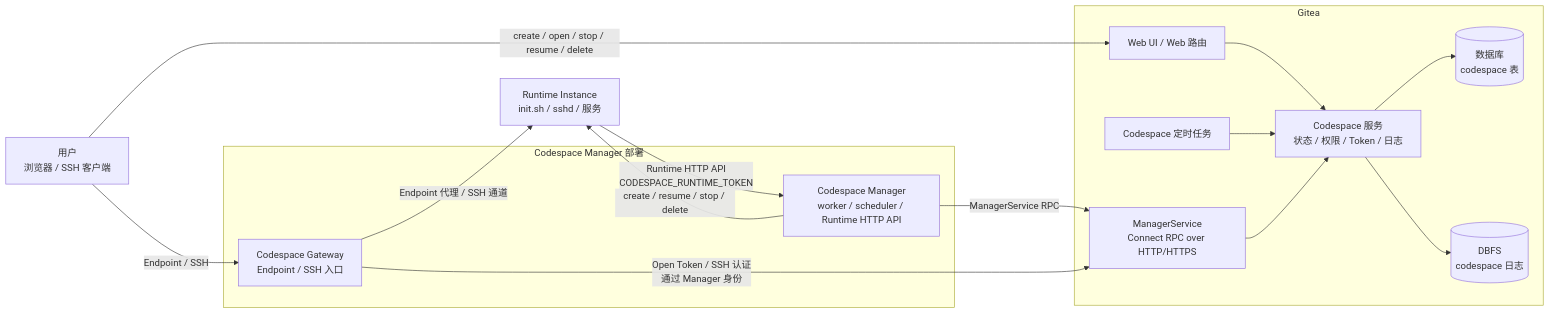
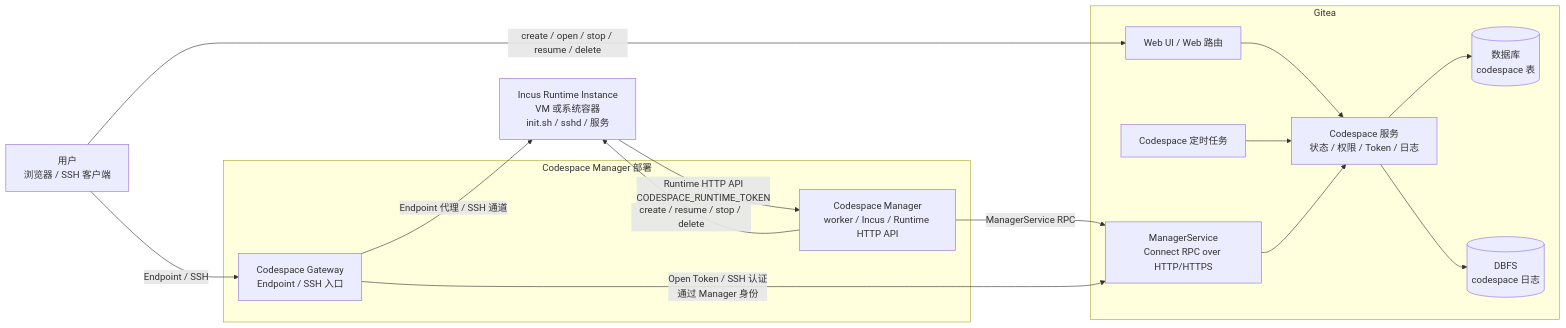
One commit to ExplodingDragon/gitea-dev changed the first of 2 diagrams in src/README.md. Above: the diagram before and after it, drawn with Mermaid. The commit also changed other lines of this file and 10 other files, not shown here.

````diff
--- a/src/README.md
+++ b/src/README.md
@@ -22,37 +22,37 @@
 ```mermaid
 flowchart LR
     User["用户<br/>浏览器 / SSH 客户端"]
 
     subgraph Gitea["Gitea"]
         Web["Web UI / Web 路由"]
         ManagerRPC["ManagerService<br/>Connect RPC over HTTP/HTTPS"]
         Service["Codespace 服务<br/>状态 / 权限 / Token / 日志"]
         Cron["Codespace 定时任务"]
         DB[("数据库<br/>codespace 表")]
         DBFS[("DBFS<br/>codespace 日志")]
     end
 
     subgraph ManagerDeployment["Codespace Manager 部署"]
-        Manager["Codespace Manager<br/>worker / scheduler / Runtime HTTP API"]
+        Manager["Codespace Manager<br/>worker / Incus / Runtime HTTP API"]
         Gateway["Codespace Gateway<br/>Endpoint / SSH 入口"]
     end
 
-    Runtime["Runtime Instance<br/>init.sh / sshd / 服务"]
+    Runtime["Incus Runtime Instance<br/>VM 或系统容器<br/>init.sh / sshd / 服务"]
 
     User -->|"create / open / stop / resume / delete"| Web
     User -->|"Endpoint / SSH"| Gateway
 
     Web --> Service
     Service --> DB
     Service --> DBFS
     Cron --> Service
 
     Manager -->|"ManagerService RPC"| ManagerRPC
     ManagerRPC --> Service
 
     Runtime -->|"Runtime HTTP API<br/>CODESPACE_RUNTIME_TOKEN"| Manager
     Manager -->|"create / resume / stop / delete"| Runtime
 
     Gateway -->|"Open Token / SSH 认证<br/>通过 Manager 身份"| ManagerRPC
     Gateway -->|"Endpoint 代理 / SSH 通道"| Runtime
 ```
````
